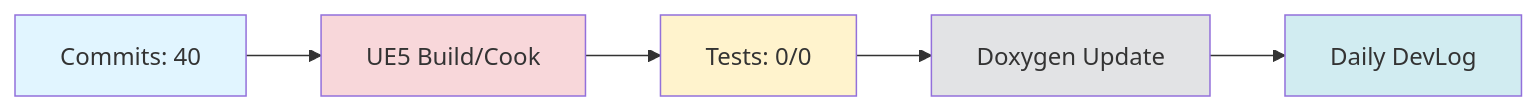
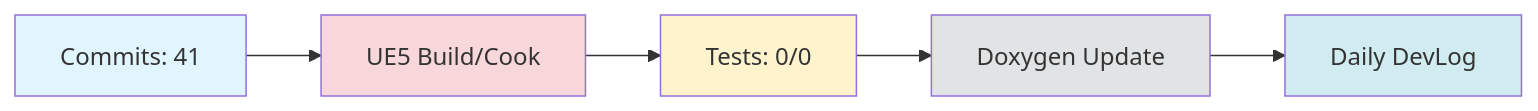
Before and after one commit to doppleddiggong/Onepiece: the diagram in Documents/DevLog/Daily/2025-11-13.md, drawn with Mermaid. The commit also changed other lines of this file and 1 other file, not shown here.

````diff
--- a/Documents/DevLog/Daily/2025-11-13.md
+++ b/Documents/DevLog/Daily/2025-11-13.md
@@ -107,13 +107,13 @@
 ```mermaid
 flowchart LR
-  Dev[Commits: 40] --> Build[UE5 Build/Cook]
+  Dev[Commits: 41] --> Build[UE5 Build/Cook]
   Build --> Test[Tests: 0/0]
   Test --> Doc[Doxygen Update]
   Doc --> Daily[Daily DevLog]
 
   style Dev fill:#e1f5ff
   style Build fill:#f8d7da
   style Test fill:#fff3cd
   style Doc fill:#e2e3e5
   style Daily fill:#d1ecf1
 ```
````
